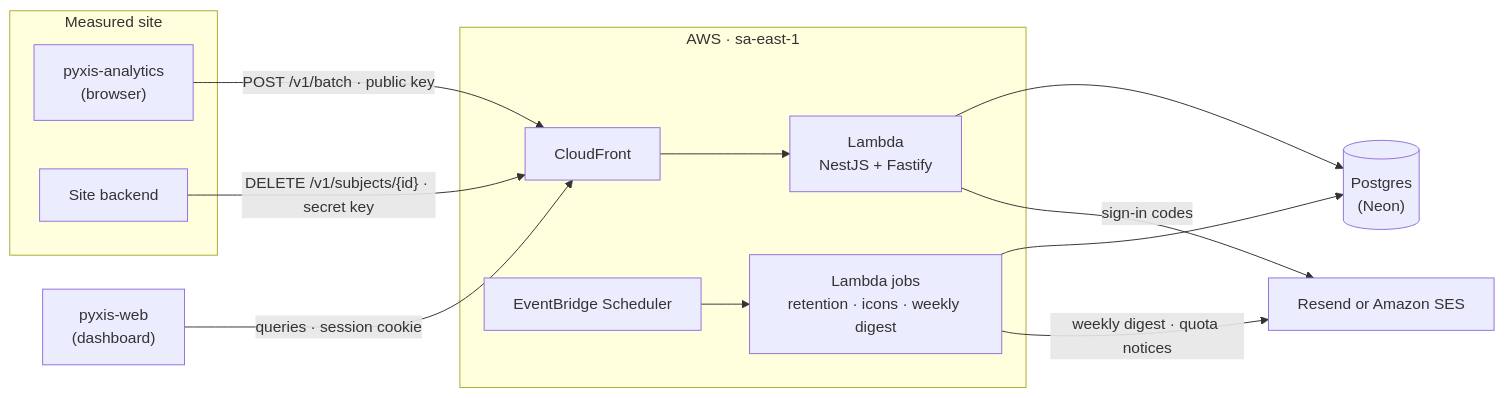
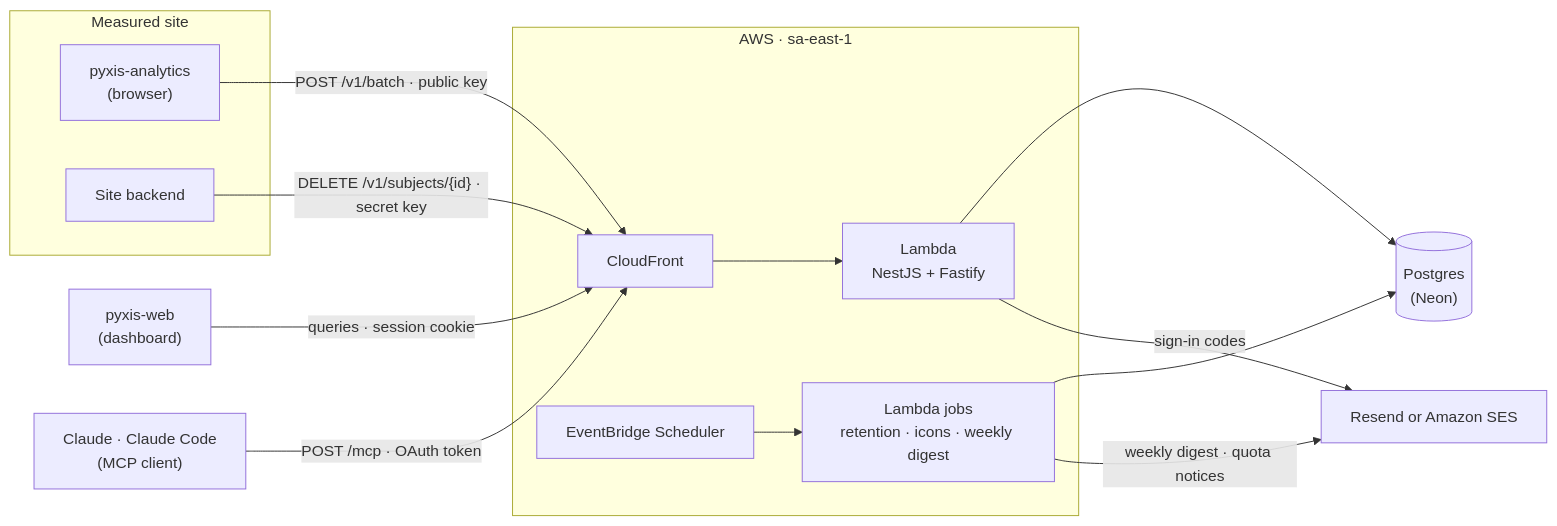
Before and after one commit to samuelcsantana/pyxis-api: the first of 2 diagrams in README.md, drawn with Mermaid. The commit also changed other lines of this file and 2 other files, not shown here.

First line of the commit message:
docs: describe the MCP endpoint and add ADR 0038

````diff
--- a/README.md
+++ b/README.md
@@ -319,21 +332,23 @@
 ```mermaid
 flowchart LR
   subgraph Site["Measured site"]
     SDK["pyxis-analytics<br>(browser)"]
     Backend["Site backend"]
   end
   Dashboard["pyxis-web<br>(dashboard)"]
+  Claude["Claude · Claude Code<br>(MCP client)"]
   subgraph AWS["AWS · sa-east-1"]
     CF["CloudFront"] --> Lambda["Lambda<br>NestJS + Fastify"]
     Scheduler["EventBridge Scheduler"] --> Jobs["Lambda jobs<br>retention · icons · weekly digest"]
   end
   DB[("Postgres<br>(Neon)")]
   Mail["Resend or Amazon SES"]
   SDK -- "POST /v1/batch · public key" --> CF
   Dashboard -- "queries · session cookie" --> CF
+  Claude -- "POST /mcp · OAuth token" --> CF
   Backend -- "DELETE /v1/subjects/{id} · secret key" --> CF
   Lambda --> DB
   Jobs --> DB
   Lambda -- "sign-in codes" --> Mail
   Jobs -- "weekly digest · quota notices" --> Mail
 ```
````
